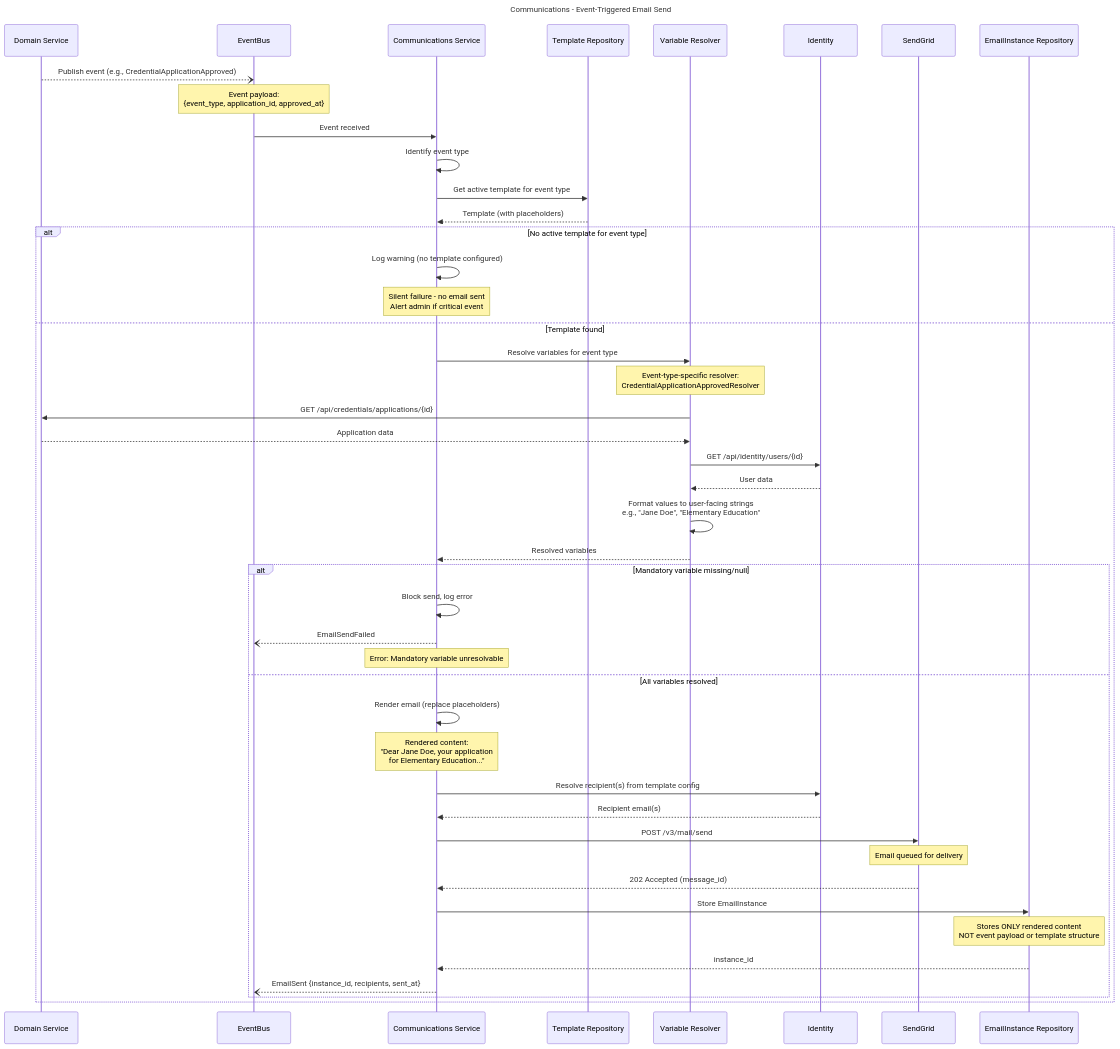
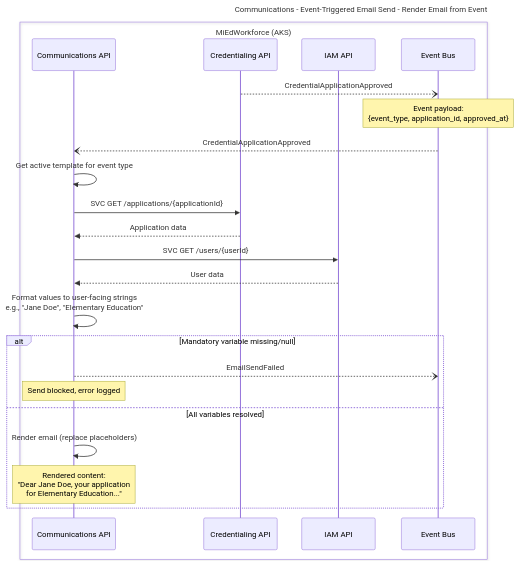
One commit to mnichols-dl/mied-design changed the first of 15 diagrams in working-docs/solution-areas/communications/communications-sequences.md. Above: the diagram before and after it, drawn with Mermaid. The commit also changed other lines of this file and 34 other files, not shown here.

Commit message:
Update sequences and perform RTM assessment

````diff
--- a/working-docs/solution-areas/communications/communications-sequences.md
+++ b/working-docs/solution-areas/communications/communications-sequences.md
@@ -20,60 +25,33 @@
 ```mermaid
 ---
-title: Communications - Event-Triggered Email Send
+title: Communications - Event-Triggered Email Send - Render Email from Event
 ---
 sequenceDiagram
-    participant Domain as Domain Service
-    participant EventBus
-    participant Comms as Communications Service
-    participant TemplateRepo as Template Repository
-    participant Resolver as Variable Resolver
-    participant Identity
-    participant SendGrid
-    participant InstanceRepo as EmailInstance Repository
-    
-    Domain--)EventBus: Publish event (e.g., CredentialApplicationApproved)
+    box MiEdWorkforce (AKS)
+    participant CommApi as Communications API
+    participant CredApi as Credentialing API
+    participant IamApi as IAM API
+    participant EventBus as Event Bus
+    end
+
+    CredApi--)EventBus: CredentialApplicationApproved
     Note over EventBus: Event payload:<br/>{event_type, application_id, approved_at}
-    
-    EventBus->>Comms: Event received
-    Comms->>Comms: Identify event type
-    Comms->>TemplateRepo: Get active template for event type
-    TemplateRepo-->>Comms: Template (with placeholders)
-    
-    alt No active template for event type
-        Comms->>Comms: Log warning (no template configured)
-        Note over Comms: Silent failure - no email sent<br/>Alert admin if critical event
-    else Template found
-        Comms->>Resolver: Resolve variables for event type
-        Note over Resolver: Event-type-specific resolver:<br/>CredentialApplicationApprovedResolver
-        
-        Resolver->>Domain: GET /api/credentials/applications/{id}
-        Domain-->>Resolver: Application data
-        Resolver->>Identity: GET /api/identity/users/{id}
-        Identity-->>Resolver: User data
-        
-        Resolver->>Resolver: Format values to user-facing strings<br/>e.g., "Jane Doe", "Elementary Education"
-        Resolver-->>Comms: Resolved variables
-        
-        alt Mandatory variable missing/null
-            Comms->>Comms: Block send, log error
-            Comms--)EventBus: EmailSendFailed
-            Note over Comms: Error: Mandatory variable unresolvable
-        else All variables resolved
-            Comms->>Comms: Render email (replace placeholders)
-            Note over Comms: Rendered content:<br/>"Dear Jane Doe, your application<br/>for Elementary Education..."
-            
-            Comms->>Identity: Resolve recipient(s) from template config
-            Identity-->>Comms: Recipient email(s)
-            
-            Comms->>SendGrid: POST /v3/mail/send
-            Note over SendGrid: Email queued for delivery
-            SendGrid-->>Comms: 202 Accepted (message_id)
-            
-            Comms->>InstanceRepo: Store EmailInstance
-            Note over InstanceRepo: Stores ONLY rendered content<br/>NOT event payload or template structure
-            InstanceRepo-->>Comms: instance_id
-            
-            Comms--)EventBus: EmailSent {instance_id, recipients, sent_at}
-        end
+
+    EventBus--)CommApi: CredentialApplicationApproved
+    CommApi->>CommApi: Get active template for event type
+
+    CommApi->>CredApi: SVC GET /applications/{applicationId}
+    CredApi-->>CommApi: Application data
+    CommApi->>IamApi: SVC GET /users/{userId}
+    IamApi-->>CommApi: User data
+
+    CommApi->>CommApi: Format values to user-facing strings<br/>e.g., "Jane Doe", "Elementary Education"
+
+    alt Mandatory variable missing/null
+        CommApi--)EventBus: EmailSendFailed
+        Note over CommApi: Send blocked, error logged
+    else All variables resolved
+        CommApi->>CommApi: Render email (replace placeholders)
+        Note over CommApi: Rendered content:<br/>"Dear Jane Doe, your application<br/>for Elementary Education..."
     end
 ```
````
